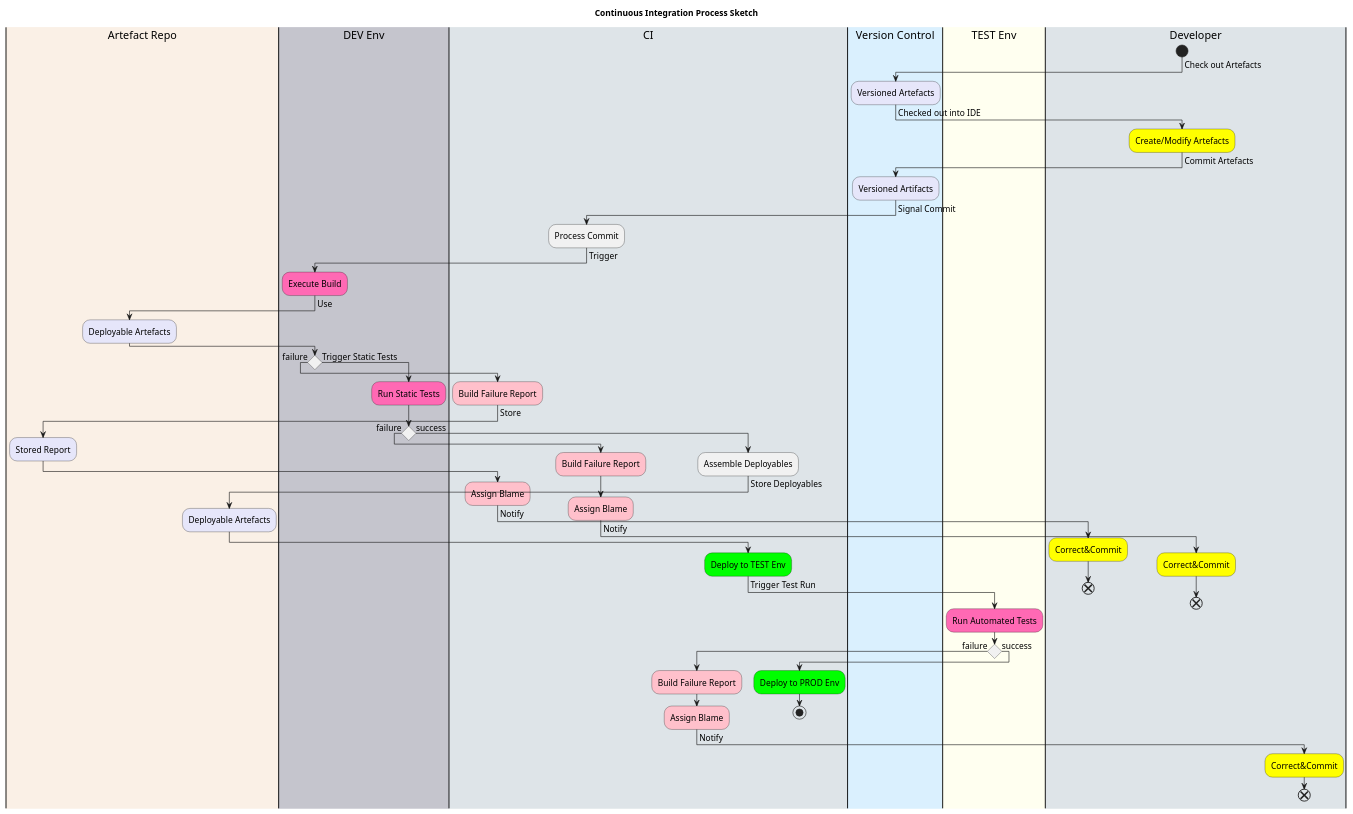
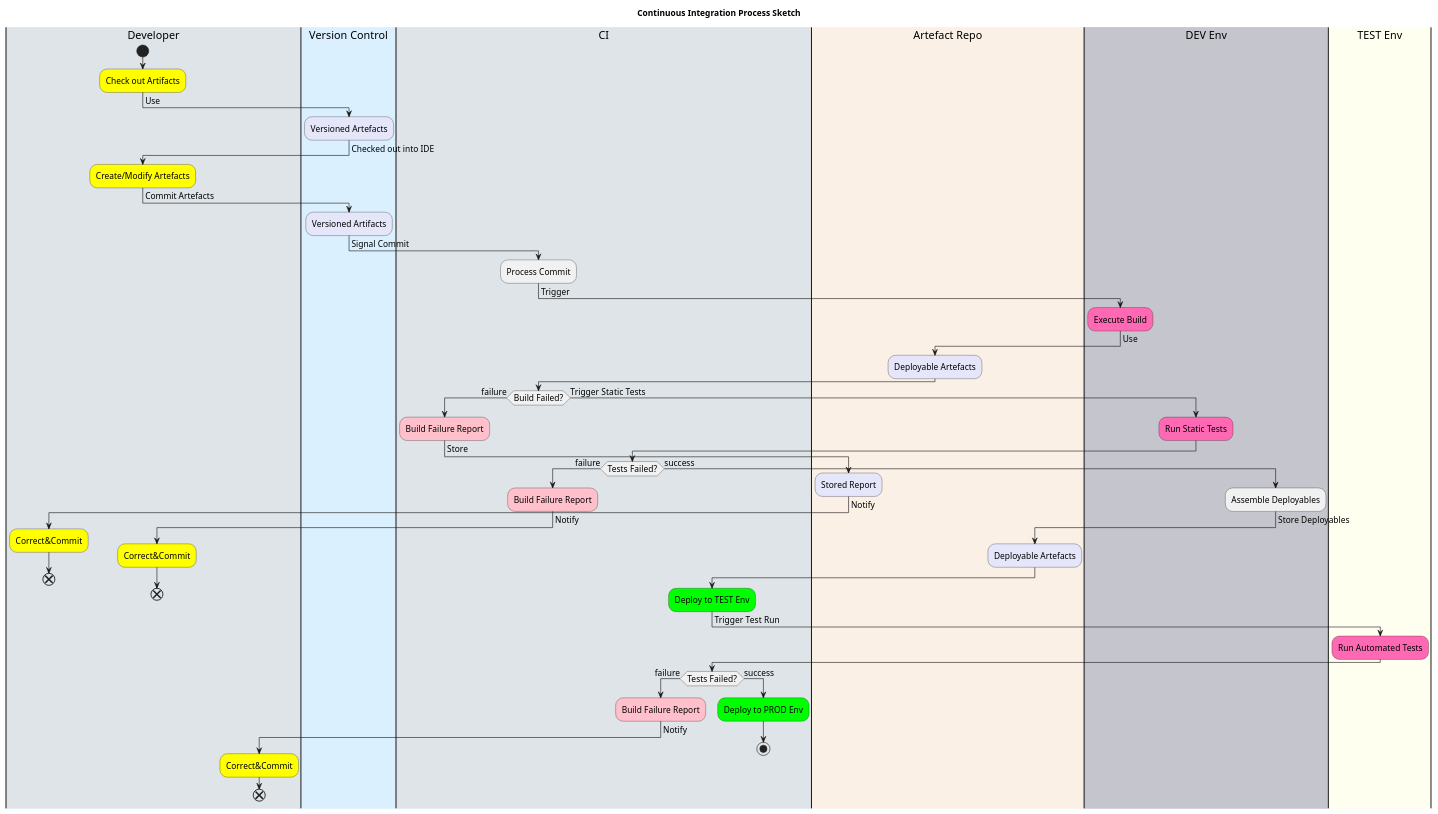
One commit to ppalacz/hcdDoc changed the diagram in TalesOfCI/plantuml/ci-swin01.puml. Above: the diagram before and after it, drawn with PlantUML. The commit also changed 22433 other files, not shown here.

```diff
--- a/TalesOfCI/plantuml/ci-swin01.puml
+++ b/TalesOfCI/plantuml/ci-swin01.puml
@@ -1,87 +1,89 @@
 @startuml
-skinparam  ActivityFontSize 14
+skinparam ActivityFontSize 14
 skinparam ArrowFontSize 14
 skinparam ArrowFontSize italic
 
 title Continuous Integration Process Sketch
 
+|#dee4e8|Developer|
+|#daf0fe|Version Control|
+|#dee4e8|CI|
 |#Linen|Artefact Repo|
 |#c5c5cd|DEV Env|
-|#dee4e8|CI|
-|#daf0fe|Version Control|
 |#Ivory|TEST Env|
-|#dee4e8|Developer|
+|#Ivory|TEST Env|
 
 |Developer|
 start
+    #Yellow:Check out Artifacts;
+    ->Use;
     |Version Control|
-    ->Check out Artefacts;
     #Lavender:Versioned Artefacts;
     |Developer|
     ->Checked out into IDE;
     #Yellow:Create/Modify Artefacts;
     ->Commit Artefacts;
     |Version Control|
     #Lavender:Versioned Artifacts;
     ->Signal Commit;
     |CI| 
     :Process Commit;
     |DEV Env|
     ->Trigger;
     #HotPink:Execute Build;
     ->Use;
     |Artefact Repo|
     #Lavender:Deployable Artefacts;
     |DEV Env|
-    if () then (failure)
+    |CI|
+    if (Build Failed?) then (failure)
         |CI|
         #Pink:Build Failure Report;
         ->Store;
         |Artefact Repo|
         #Lavender:Stored Report;
         |CI|
-        #Pink:Assign Blame;
         ->Notify;
         |Developer|
         #Yellow:Correct&Commit;
         end
     else (success)
         |CI|
         ->Trigger Static Tests;
         |DEV Env|
         #HotPink:Run Static Tests;
-        if () then (failure)
+        |CI|
+        if (Tests Failed?) then (failure)
             |CI|
             #Pink:Build Failure Report;
-            #Pink:Assign Blame;
             ->Notify;
             |Developer|
             #Yellow:Correct&Commit;
             end
         else (success)
-            |CI|
+            |DEV Env|
             :Assemble Deployables;
             |Artefact Repo|
             ->Store Deployables;
             #Lavender:Deployable Artefacts;
             |CI|
             #Lime:Deploy to TEST Env;
             ->Trigger Test Run;
             |TEST Env|
             #HotPink:Run Automated Tests;
-            if () then (failure)
+            |CI|
+            if (Tests Failed?) then (failure)
                 |CI|
                 #Pink:Build Failure Report;
-                #Pink:Assign Blame;
                 ->Notify;
                 |Developer|
                 #Yellow:Correct&Commit;
                 end
             else (success)
             |CI|
             #Lime:Deploy to PROD Env;
             stop
             endif    
         endif    
     endif    
 @enduml
```
